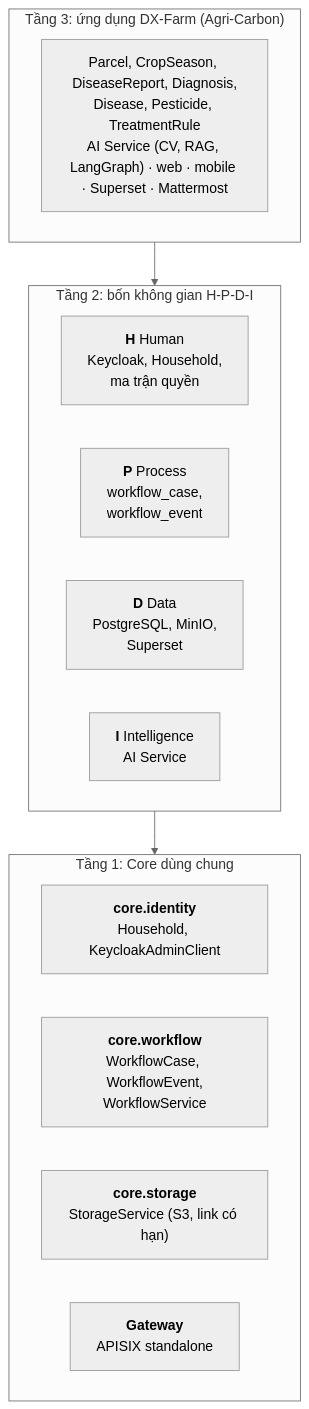
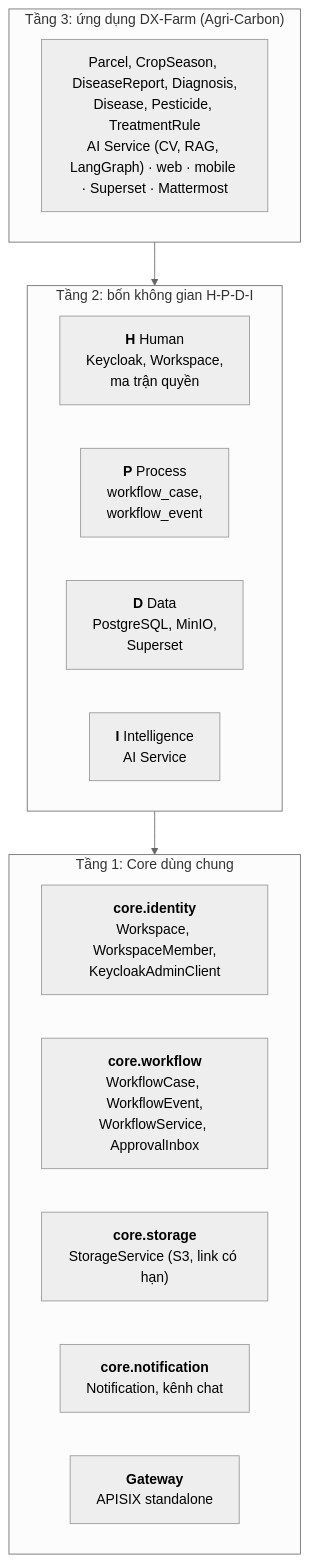
The first of 2 diagrams in development/docs/submission/ARCHITECTURE_OPEN_CORE.md (HaUI-ImplSolution/DX-OS), drawn with Mermaid (neutral theme) before and after one commit. The commit also changed other lines of this file and 17 other files, not shown here.

````diff
--- a/development/docs/submission/ARCHITECTURE_OPEN_CORE.md
+++ b/development/docs/submission/ARCHITECTURE_OPEN_CORE.md
@@ -8,25 +8,26 @@
 ```mermaid
 flowchart TB
   subgraph T3["Tầng 3: ứng dụng DX-Farm (Agri-Carbon)"]
     direction LR
     APP["Parcel, CropSeason, DiseaseReport, Diagnosis,<br/>Disease, Pesticide, TreatmentRule<br/>AI Service (CV, RAG, LangGraph) · web · mobile · Superset · Mattermost"]
   end
 
   subgraph T2["Tầng 2: bốn không gian H-P-D-I"]
     direction LR
-    H["<b>H</b> Human<br/>Keycloak, Household,<br/>ma trận quyền"]
+    H["<b>H</b> Human<br/>Keycloak, Workspace,<br/>ma trận quyền"]
     P["<b>P</b> Process<br/>workflow_case,<br/>workflow_event"]
     D["<b>D</b> Data<br/>PostgreSQL, MinIO,<br/>Superset"]
     I["<b>I</b> Intelligence<br/>AI Service"]
   end
 
   subgraph T1["Tầng 1: Core dùng chung"]
     direction LR
-    ID["<b>core.identity</b><br/>Household, KeycloakAdminClient"]
-    WF["<b>core.workflow</b><br/>WorkflowCase, WorkflowEvent,<br/>WorkflowService"]
+    ID["<b>core.identity</b><br/>Workspace, WorkspaceMember,<br/>KeycloakAdminClient"]
+    WF["<b>core.workflow</b><br/>WorkflowCase, WorkflowEvent,<br/>WorkflowService, ApprovalInbox"]
     ST["<b>core.storage</b><br/>StorageService (S3, link có hạn)"]
+    NT["<b>core.notification</b><br/>Notification, kênh chat"]
     GW["<b>Gateway</b><br/>APISIX standalone"]
   end
 
   T3 --> T2 --> T1
 ```
````
